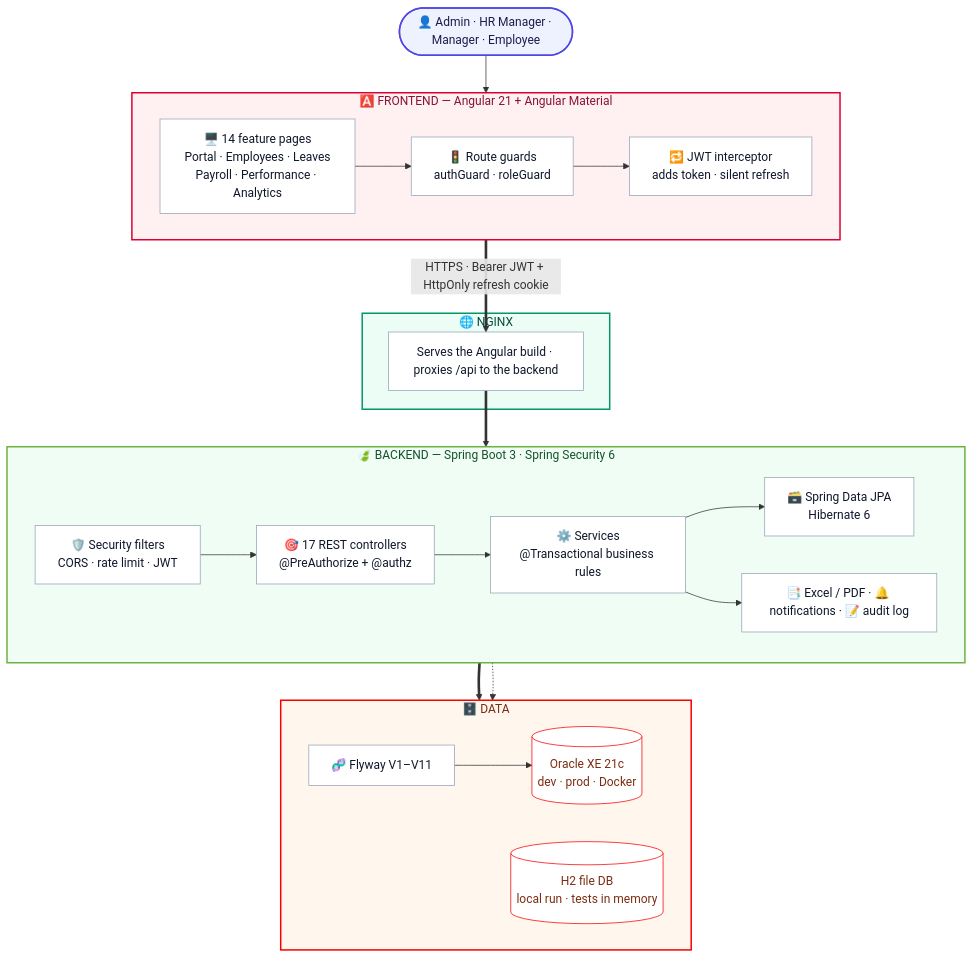
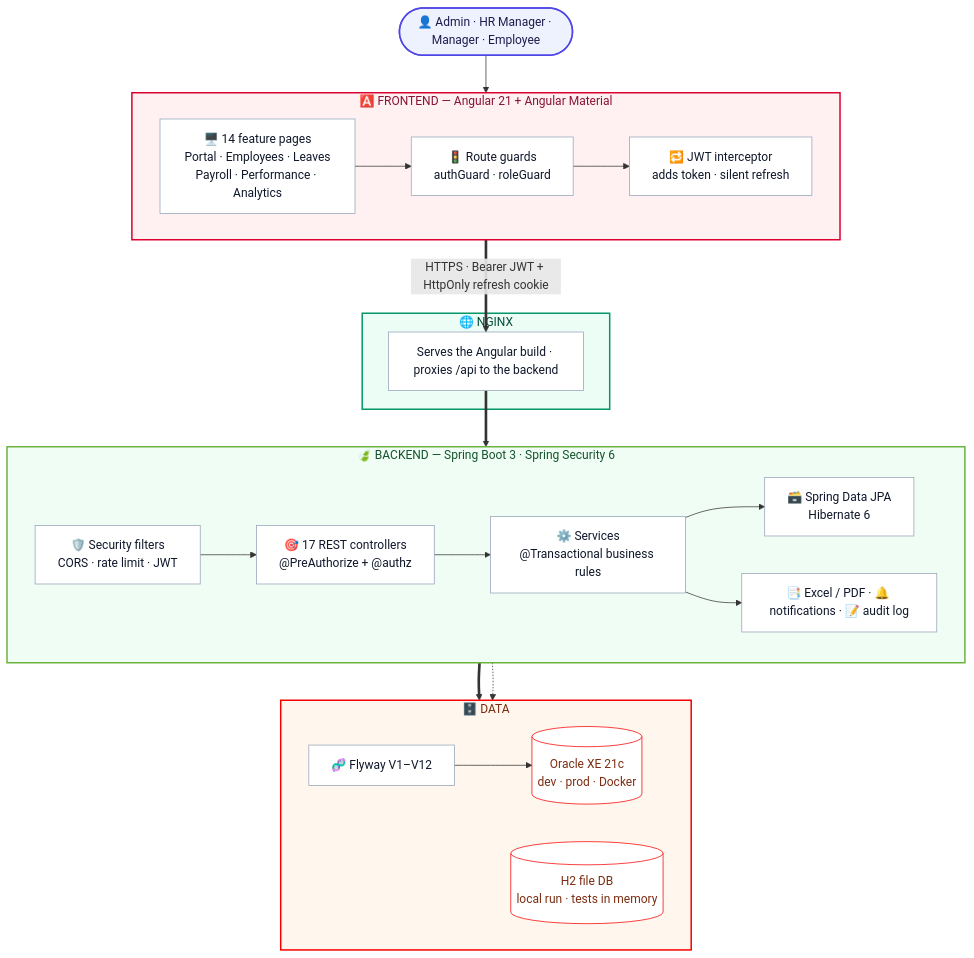
Before and after one commit to ayukaushik1357-bit/HRGenius: the first of 5 diagrams in README.md, drawn with Mermaid. The commit also changed other lines of this file and 13 other files, not shown here.

````diff
--- a/README.md
+++ b/README.md
@@ -36,52 +36,52 @@
 ```mermaid
 flowchart TB
     U(["👤 Admin · HR Manager · Manager · Employee"])
 
     subgraph FE["🅰️  FRONTEND — Angular 21 + Angular Material"]
         direction LR
         UI["🖥️ 14 feature pages<br/>Portal · Employees · Leaves<br/>Payroll · Performance · Analytics"]
         G["🚦 Route guards<br/>authGuard · roleGuard"]
         I["🔁 JWT interceptor<br/>adds token · silent refresh"]
         UI --> G --> I
     end
 
     subgraph EDGE["🌐  NGINX"]
         N["Serves the Angular build · proxies /api to the backend"]
     end
 
     subgraph BE["🍃  BACKEND — Spring Boot 3 · Spring Security 6"]
         direction LR
         SEC["🛡️ Security filters<br/>CORS · rate limit · JWT"]
         C["🎯 17 REST controllers<br/>@PreAuthorize + @authz"]
         S["⚙️ Services<br/>@Transactional business rules"]
         R["🗃️ Spring Data JPA<br/>Hibernate 6"]
         SEC --> C --> S --> R
         S --> X["📑 Excel / PDF · 🔔 notifications · 📝 audit log"]
     end
 
     subgraph DB["🗄️  DATA"]
         direction LR
-        F["🧬 Flyway V1–V11"]
+        F["🧬 Flyway V1–V12"]
         O[("Oracle XE 21c<br/>dev · prod · Docker")]
         H[("H2 file DB<br/>local run · tests in memory")]
         F --> O
     end
 
     U --> UI
     I == "HTTPS · Bearer JWT + HttpOnly refresh cookie" ==> N
     N ==> SEC
     R ==> O
     R -.-> H
 
     style FE fill:#FFF1F2,stroke:#DD0031,stroke-width:2px,color:#881337
     style EDGE fill:#ECFDF5,stroke:#059669,stroke-width:2px,color:#064E3B
     style BE fill:#F0FDF4,stroke:#6DB33F,stroke-width:2px,color:#14532D
     style DB fill:#FFF7ED,stroke:#F80000,stroke-width:2px,color:#7C2D12
 
     classDef node fill:#FFFFFF,stroke:#94A3B8,color:#0F172A
     classDef user fill:#EEF2FF,stroke:#4F46E5,stroke-width:2px,color:#1E1B4B
     classDef store fill:#FFFFFF,stroke:#F80000,color:#7C2D12
     class UI,G,I,N,SEC,C,S,R,X,F node
     class O,H store
     class U user
 ```
````
